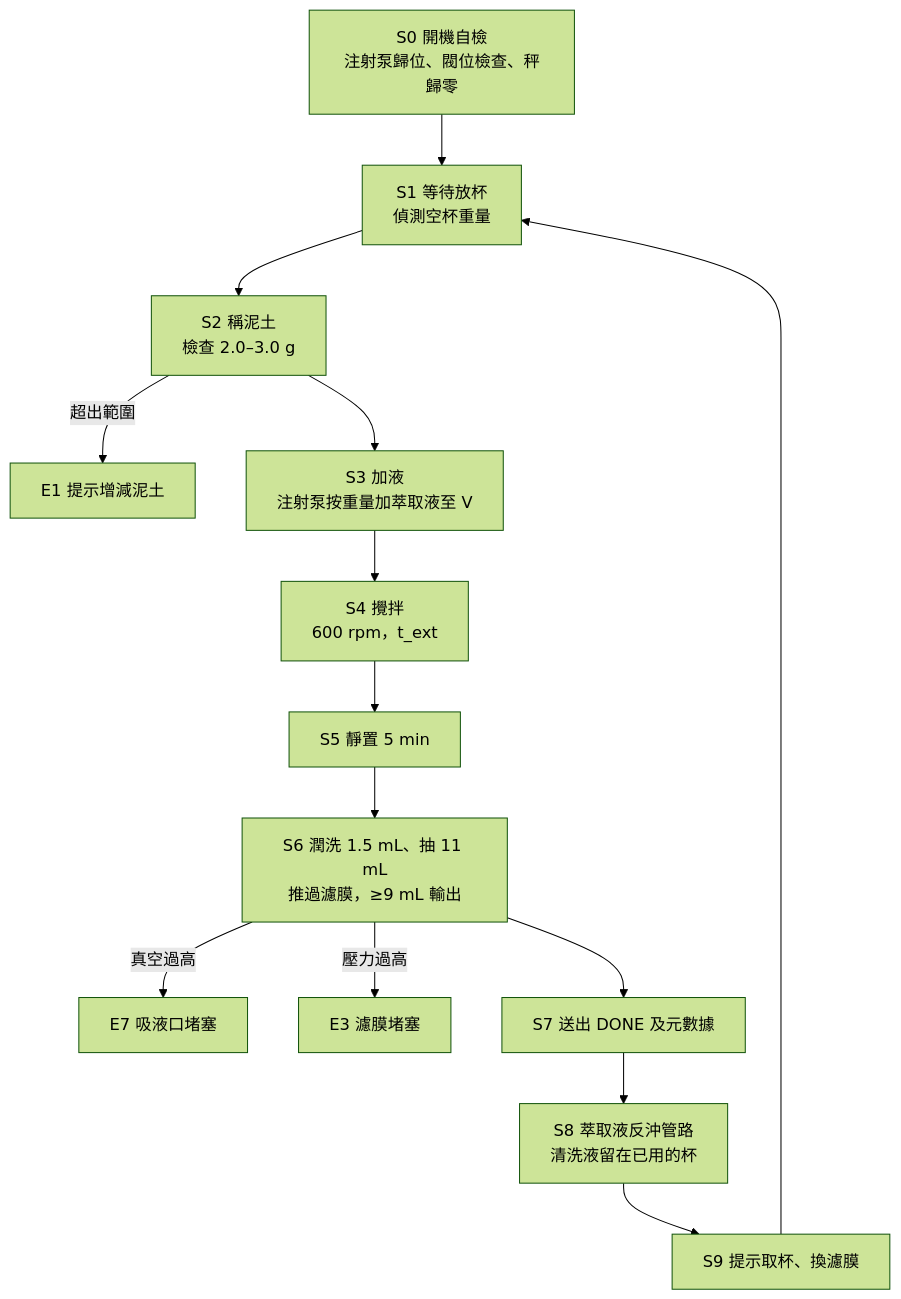
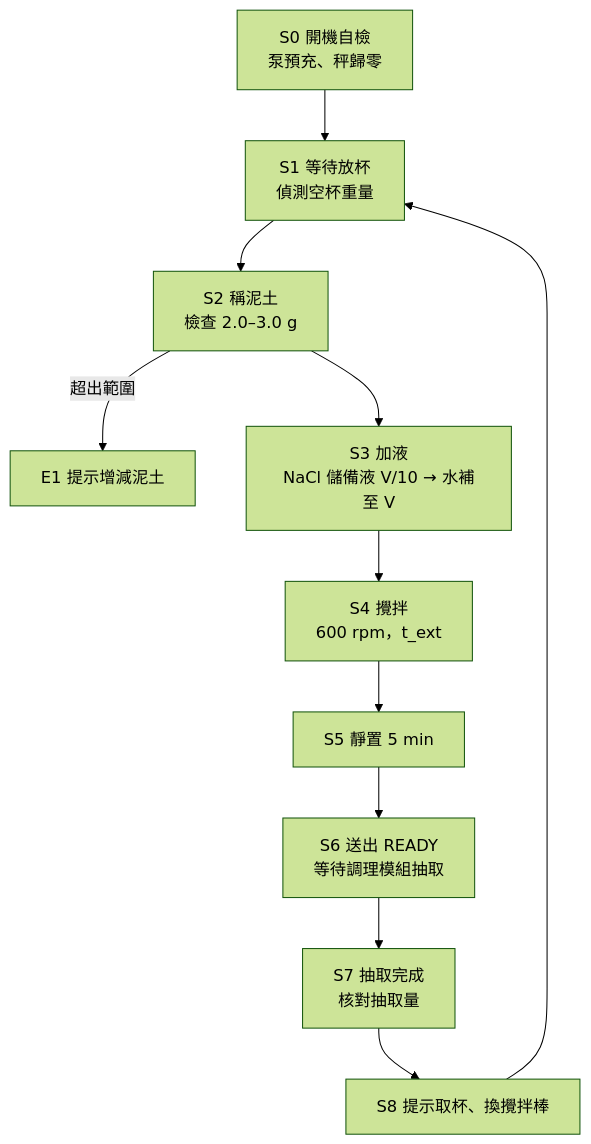
Before and after one commit to davidlueng986-alt/igem-mercury-extraction-platform: the third of 3 diagrams in docs/01-soil-nacl-module.md, drawn with Mermaid (forest theme). The commit also changed other lines of this file and 2 other files, not shown here.

````diff
--- a/docs/01-soil-nacl-module.md
+++ b/docs/01-soil-nacl-module.md
@@ -152,16 +136,13 @@
 ```mermaid
 flowchart TD
-  A[S0 開機自檢<br/>注射泵歸位、閥位檢查、秤歸零] --> B[S1 等待放杯<br/>偵測空杯重量]
+  A[S0 開機自檢<br/>泵預充、秤歸零] --> B[S1 等待放杯<br/>偵測空杯重量]
   B --> C[S2 稱泥土<br/>檢查 2.0–3.0 g]
   C -->|超出範圍| E1[E1 提示增減泥土]
-  C --> D[S3 加液<br/>注射泵按重量加萃取液至 V]
+  C --> D[S3 加液<br/>NaCl 儲備液 V/10 → 水補至 V]
   D --> F[S4 攪拌<br/>600 rpm，t_ext]
   F --> G[S5 靜置 5 min]
-  G --> H[S6 潤洗 1.5 mL、抽 11 mL<br/>推過濾膜，≥9 mL 輸出]
-  H -->|真空過高| E7[E7 吸液口堵塞]
-  H -->|壓力過高| E3[E3 濾膜堵塞]
-  H --> I[S7 送出 DONE 及元數據]
-  I --> J[S8 萃取液反沖管路<br/>清洗液留在已用的杯]
-  J --> K[S9 提示取杯、換濾膜]
+  G --> H[S6 送出 READY<br/>等待調理模組抽取]
+  H --> I[S7 抽取完成<br/>核對抽取量]
+  I --> K[S8 提示取杯、換攪拌棒]
   K --> B
 ```
````
